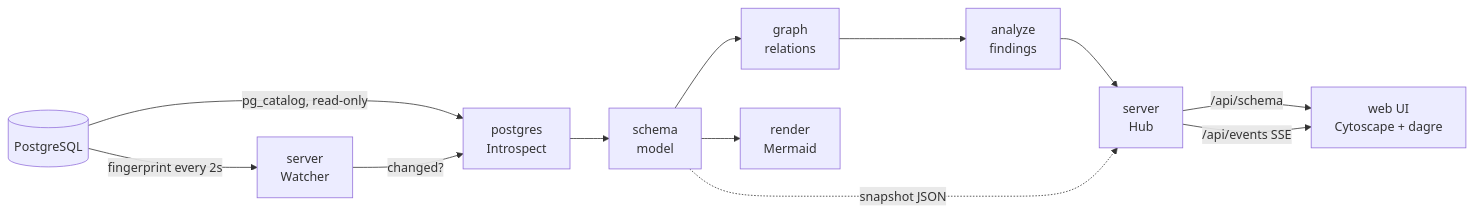
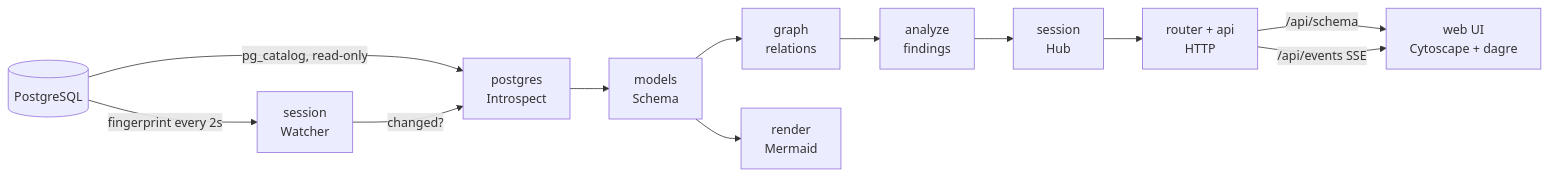
Before and after one commit to sanat-19/schema-lens: the diagram in README.md, drawn with Mermaid. The commit also changed other lines of this file and 96 other files, not shown here.

````diff
--- a/README.md
+++ b/README.md
@@ -154,14 +132,14 @@
 ```mermaid
 flowchart LR
     PG[(PostgreSQL)] -- pg_catalog, read-only --> I[postgres<br/>Introspect]
-    PG -- fingerprint every 2s --> W[server<br/>Watcher]
+    PG -- fingerprint every 2s --> W[session<br/>Watcher]
     W -- changed? --> I
-    I --> M[schema<br/>model]
+    I --> M[models<br/>Schema]
     M --> G[graph<br/>relations]
     G --> A[analyze<br/>findings]
-    A --> H[server<br/>Hub]
-    H -- /api/schema --> UI[web UI<br/>Cytoscape + dagre]
-    H -- /api/events SSE --> UI
-    M -. snapshot JSON .-> H
+    A --> H[session<br/>Hub]
+    H --> API[router + api<br/>HTTP]
+    API -- /api/schema --> UI[web UI<br/>Cytoscape + dagre]
+    API -- /api/events SSE --> UI
     M --> R[render<br/>Mermaid]
 ```
````
